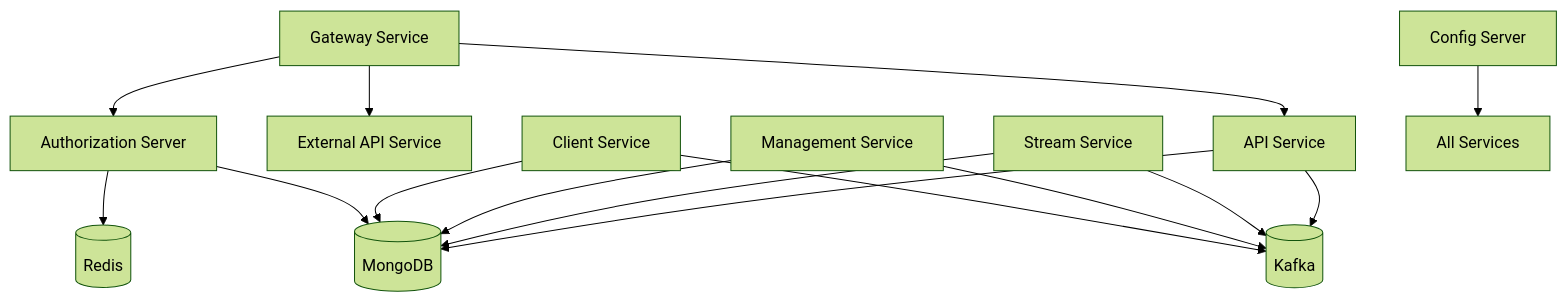
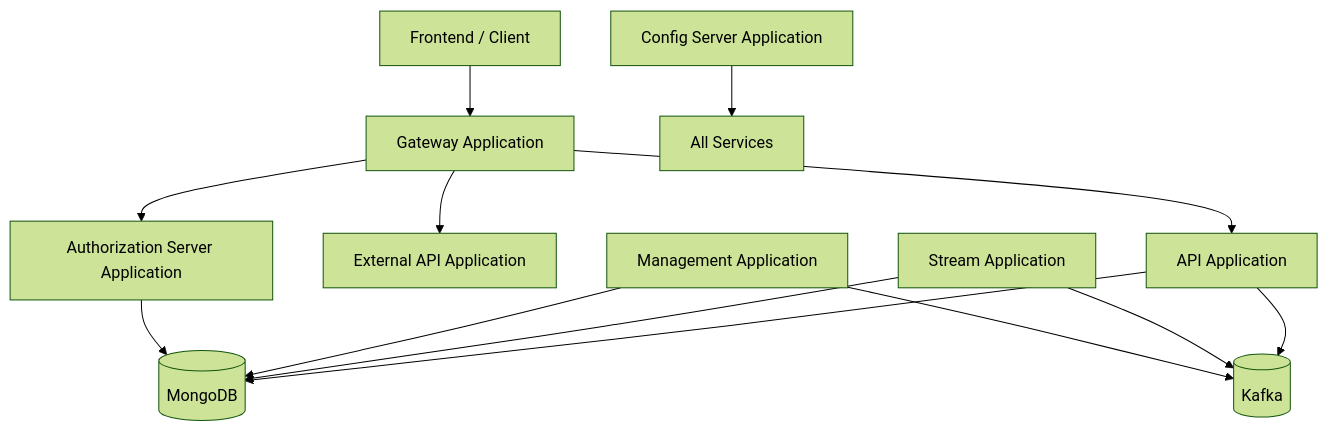
The first of 5 diagrams in docs/architecture/service-applications/service-applications.md (Praesto-Pro/openframe-oss-tenant), drawn with Mermaid (forest theme) before and after one commit. The commit also changed other lines of this file and 174 other files, not shown here.

````diff
--- a/docs/architecture/service-applications/service-applications.md
+++ b/docs/architecture/service-applications/service-applications.md
@@ -18,23 +37,21 @@
 ```mermaid
 flowchart TD
-    Gateway["Gateway Service"] --> API["API Service"]
-    Gateway --> ExternalAPI["External API Service"]
-    Gateway --> Auth["Authorization Server"]
+    ClientApp["Frontend / Client"] --> Gateway["Gateway Application"]
 
-    API --> Mongo[("MongoDB")]
-    API --> Kafka[("Kafka")]
+    Gateway --> ApiApp["API Application"]
+    Gateway --> ExternalApi["External API Application"]
+    Gateway --> AuthServer["Authorization Server Application"]
 
-    Stream["Stream Service"] --> Kafka
-    Stream --> Mongo
+    ApiApp --> MongoDB[("MongoDB")]
+    ApiApp --> Kafka[("Kafka")]
 
-    Management["Management Service"] --> Mongo
-    Management --> Kafka
+    StreamApp["Stream Application"] --> Kafka
+    StreamApp --> MongoDB
 
-    Client["Client Service"] --> Kafka
-    Client --> Mongo
+    ManagementApp["Management Application"] --> MongoDB
+    ManagementApp --> Kafka
 
-    Auth --> Mongo
-    Auth --> Redis[("Redis")]
+    AuthServer --> MongoDB
 
-    Config["Config Server"] --> Services["All Services"]
+    ConfigServer["Config Server Application"] --> AllServices["All Services"]
 ```
````
